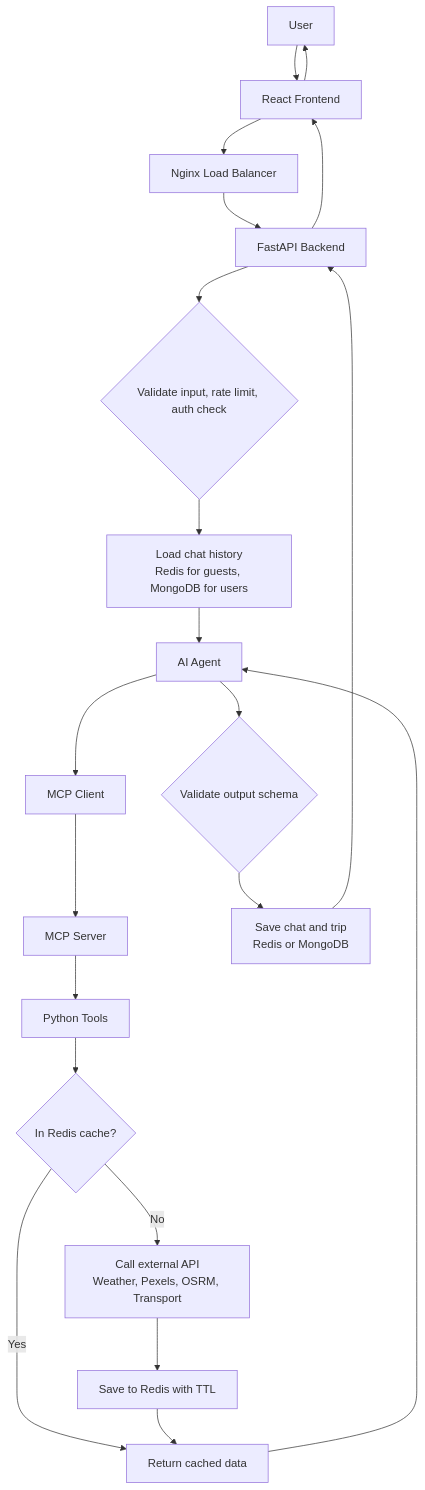
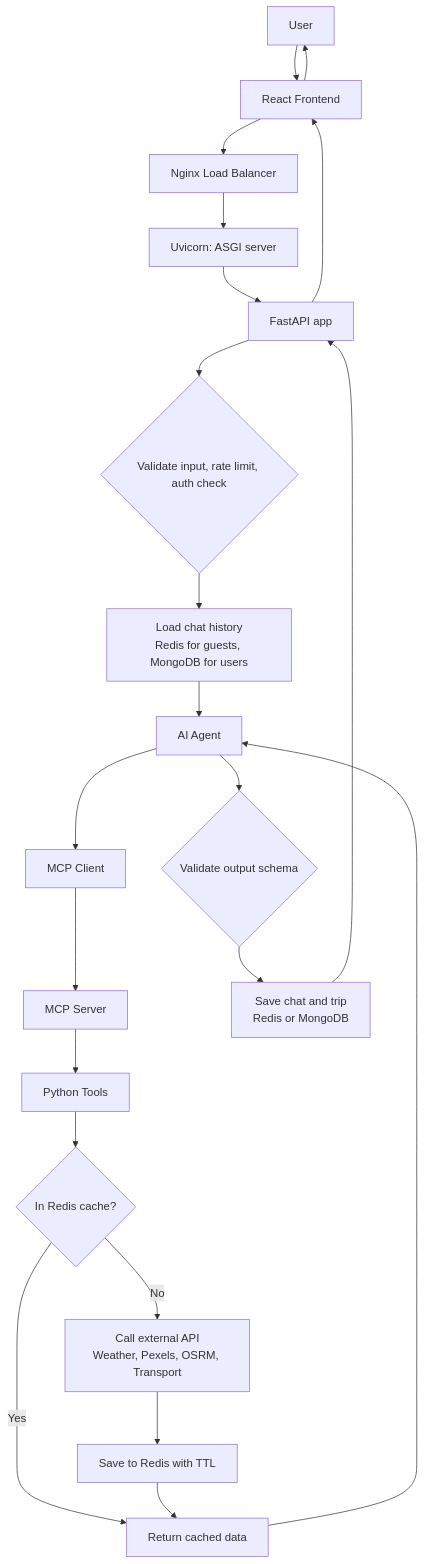
One commit to varsha-sonnad/Trailwise-AI-Agent changed the diagram in plan.md. Above: the diagram before and after it, drawn with Mermaid. The commit also changed other lines of this file and 42 other files, not shown here.

````diff
--- a/plan.md
+++ b/plan.md
@@ -104,23 +145,24 @@
 ```mermaid
 flowchart TD
     A[User] --> B[React Frontend]
     B --> C[Nginx Load Balancer]
-    C --> D[FastAPI Backend]
+    C --> U[Uvicorn: ASGI server]
+    U --> D[FastAPI app]
     D --> E{Validate input, rate limit, auth check}
     E --> F[Load chat history<br/>Redis for guests, MongoDB for users]
     F --> G[AI Agent]
     G --> H[MCP Client]
     H --> I[MCP Server]
     I --> J[Python Tools]
     J --> K{In Redis cache?}
     K -- Yes --> L[Return cached data]
     K -- No --> M[Call external API<br/>Weather, Pexels, OSRM, Transport]
     M --> N[Save to Redis with TTL]
     N --> L
     L --> G
     G --> V{Validate output schema}
     V --> O[Save chat and trip<br/>Redis or MongoDB]
     O --> D
     D --> B
     B --> A
 ```
````
